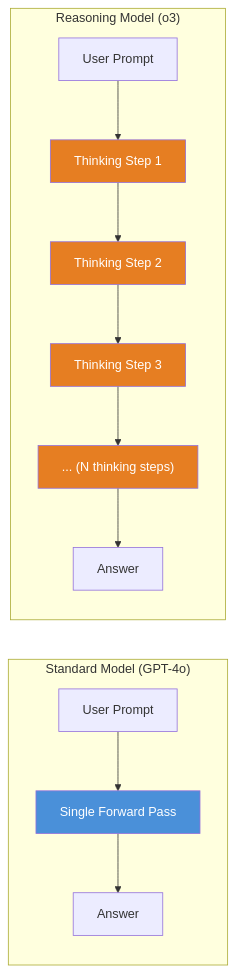
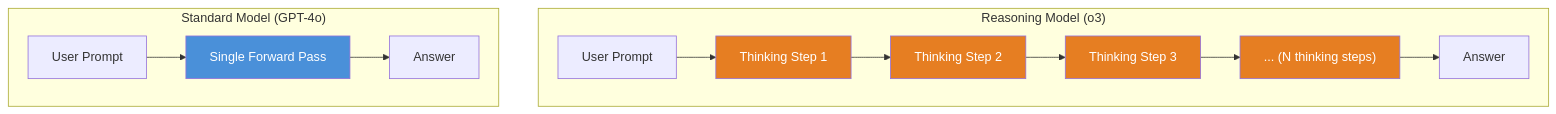
The second of 8 diagrams in docs/LLM-Landscape.md (frootai/frootai), drawn with Mermaid before and after one commit.

Commit message:
docs: connect reasoning comparison graph

````diff
--- a/docs/LLM-Landscape.md
+++ b/docs/LLM-Landscape.md
@@ -317,21 +317,23 @@
 ```mermaid
 graph LR
     subgraph Standard["Standard Model (GPT-4o)"]
         A1[User Prompt] --> A2[Single Forward Pass]
         A2 --> A3[Answer]
     end
 
     subgraph Reasoning["Reasoning Model (o3)"]
         B1[User Prompt] --> B2[Thinking Step 1]
         B2 --> B3[Thinking Step 2]
         B3 --> B4[Thinking Step 3]
         B4 --> B5["... (N thinking steps)"]
         B5 --> B6[Answer]
     end
 
+    A3 ~~~ B1
+
     style A2 fill:#4a90d9,color:#fff
     style B2 fill:#e67e22,color:#fff
     style B3 fill:#e67e22,color:#fff
     style B4 fill:#e67e22,color:#fff
     style B5 fill:#e67e22,color:#fff
 ```
````
